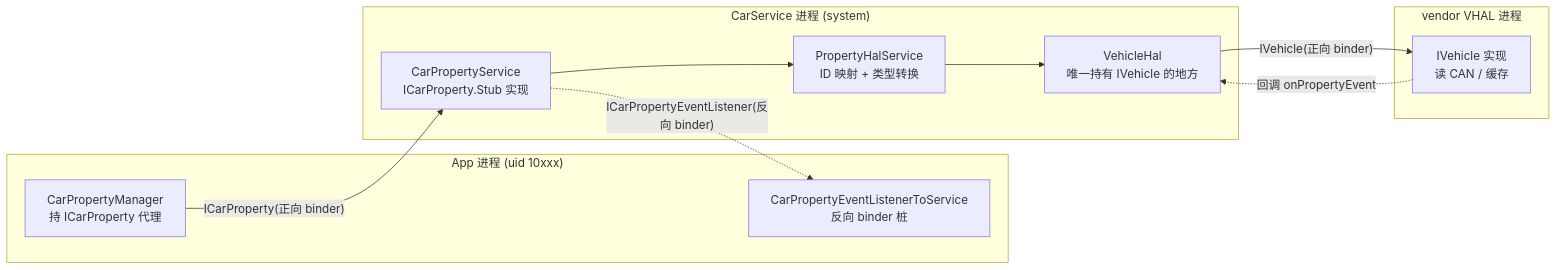
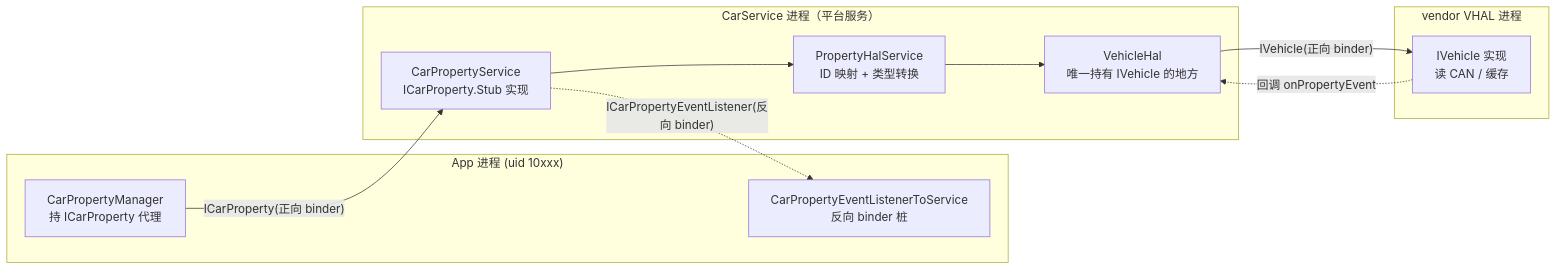
Before and after one commit to huangankun/android-car-study: the first of 2 diagrams in articles/02-车控属性从HAL到App.md, drawn with Mermaid. The commit also changed other lines of this file and 3 other files, not shown here.

````diff
--- a/articles/02-车控属性从HAL到App.md
+++ b/articles/02-车控属性从HAL到App.md
@@ -23,21 +23,21 @@
 ```mermaid
 flowchart LR
     subgraph APP["App 进程 (uid 10xxx)"]
         CPM["CarPropertyManager<br/>持 ICarProperty 代理"]
         STUB["CarPropertyEventListenerToService<br/>反向 binder 桩"]
     end
-    subgraph CS["CarService 进程 (system)"]
+    subgraph CS["CarService 进程（平台服务）"]
         CPS["CarPropertyService<br/>ICarProperty.Stub 实现"]
         PHS["PropertyHalService<br/>ID 映射 + 类型转换"]
         VH["VehicleHal<br/>唯一持有 IVehicle 的地方"]
     end
     subgraph VHAL["vendor VHAL 进程"]
         V["IVehicle 实现<br/>读 CAN / 缓存"]
     end
 
     CPM -- "ICarProperty(正向 binder)" --> CPS
     CPS --> PHS --> VH
     VH -- "IVehicle(正向 binder)" --> V
     V -. "回调 onPropertyEvent" .-> VH
     CPS -. "ICarPropertyEventListener(反向 binder)" .-> STUB
 ```
````
